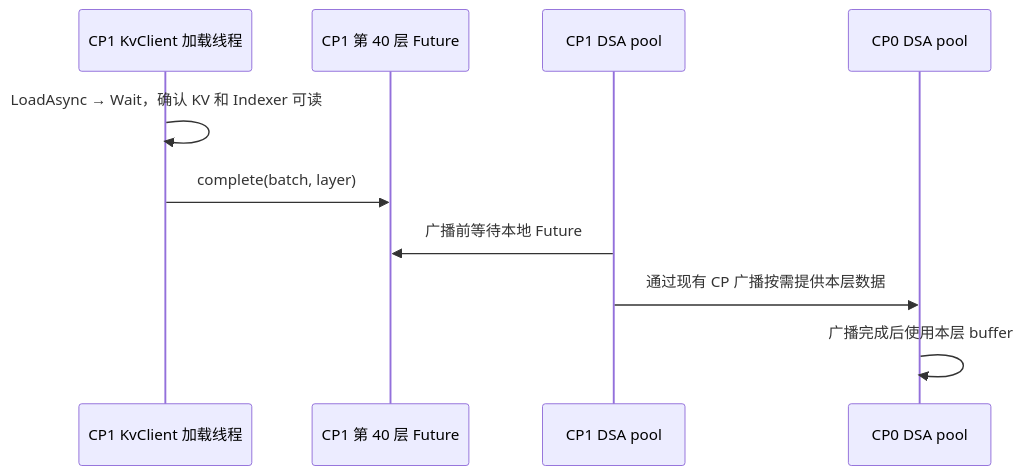
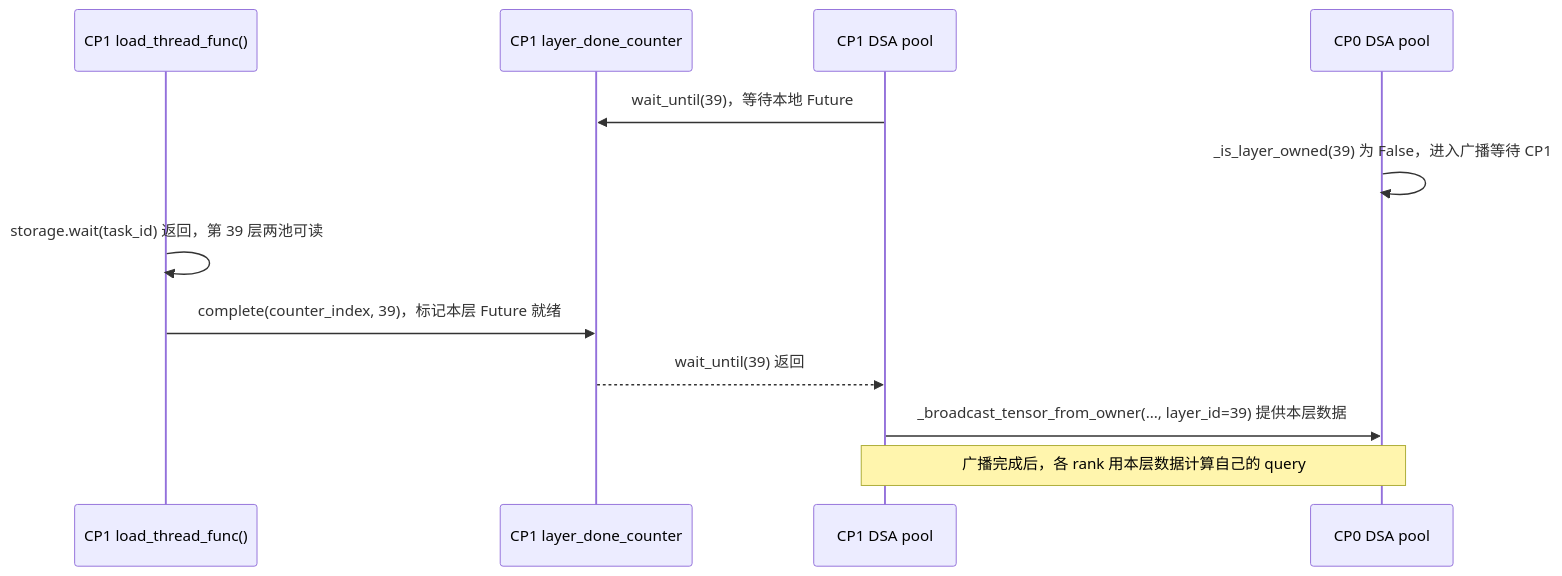
The sixth of 6 diagrams in kv_client_dsa_cache_layer_split_design.md (yuanzhg078/sglang), drawn with Mermaid before and after one commit. The commit also changed other lines of this file and 1 other file, not shown here.

````diff
--- a/kv_client_dsa_cache_layer_split_design.md
+++ b/kv_client_dsa_cache_layer_split_design.md
@@ -96,12 +342,15 @@
 ```mermaid
 sequenceDiagram
-    participant L as CP1 KvClient 加载线程
-    participant F as CP1 第 40 层 Future
+    participant L as CP1 load_thread_func()
+    participant C as CP1 layer_done_counter
     participant P1 as CP1 DSA pool
     participant P0 as CP0 DSA pool
-    L->>L: LoadAsync → Wait，确认 KV 和 Indexer 可读
-    L->>F: complete(batch, layer)
-    P1->>F: 广播前等待本地 Future
-    P1->>P0: 通过现有 CP 广播按需提供本层数据
-    P0->>P0: 广播完成后使用本层 buffer
+
+    P1->>C: wait_until(39)，等待本地 Future
+    P0->>P0: _is_layer_owned(39) 为 False，进入广播等待 CP1
+    L->>L: storage.wait(task_id) 返回，第 39 层两池可读
+    L->>C: complete(counter_index, 39)，标记本层 Future 就绪
+    C-->>P1: wait_until(39) 返回
+    P1->>P0: _broadcast_tensor_from_owner(..., layer_id=39) 提供本层数据
+    Note over P1,P0: 广播完成后，各 rank 用本层数据计算自己的 query
 ```
````
